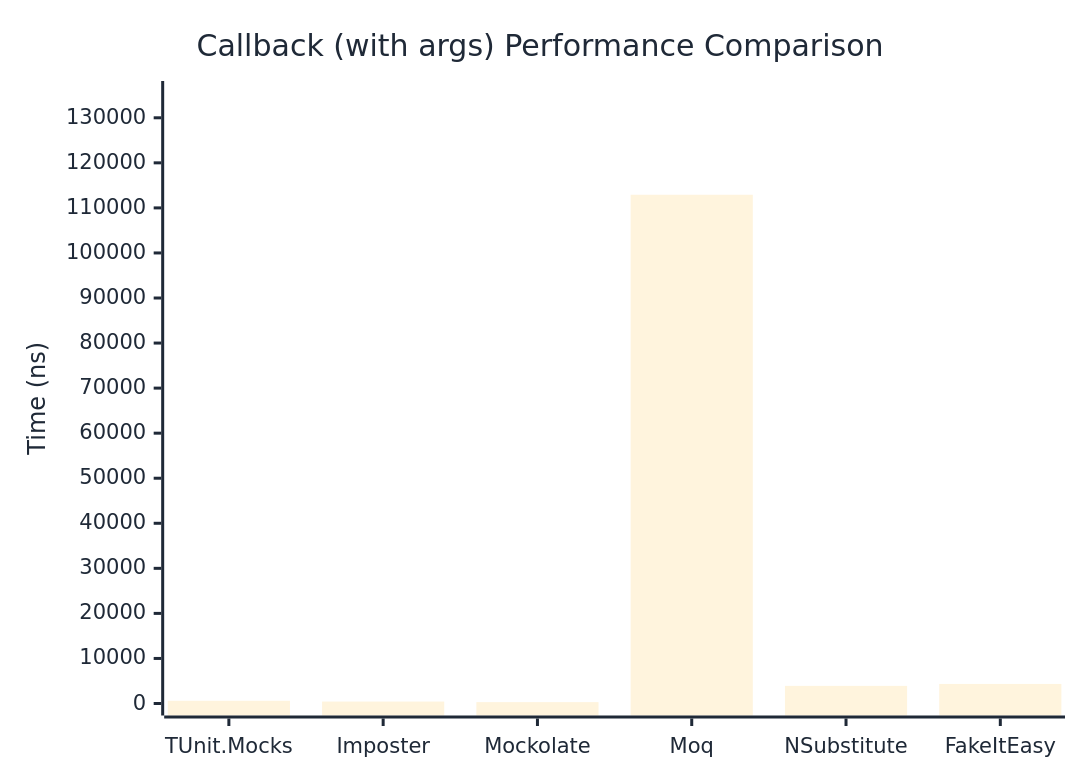
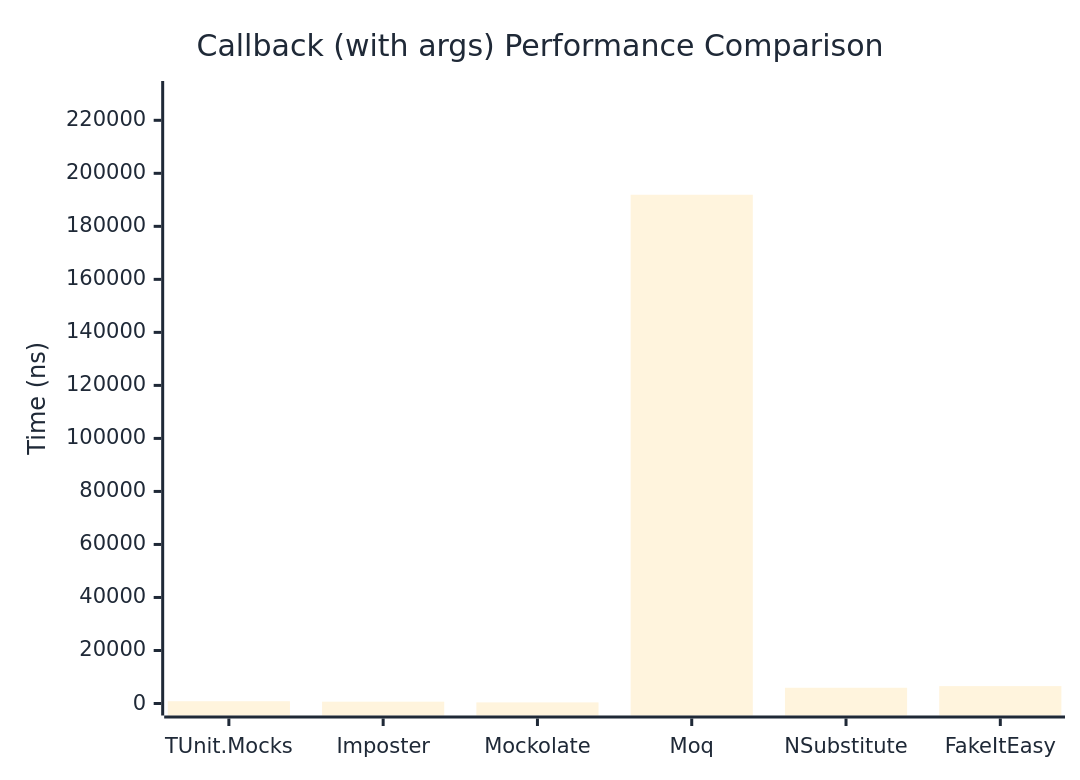
One commit to thomhurst/TUnit changed the second of 2 diagrams in docs/docs/benchmarks/mocks/Callback.md. Above: the diagram before and after it, drawn with Mermaid. The commit also changed other lines of this file and 14 other files, not shown here.

````diff
--- a/docs/docs/benchmarks/mocks/Callback.md
+++ b/docs/docs/benchmarks/mocks/Callback.md
@@ -71,27 +71,27 @@
 ```mermaid
 %%{init: {
   'theme':'base',
   'themeVariables': {
     'primaryColor': '#2563eb',
     'primaryTextColor': '#1f2937',
     'primaryBorderColor': '#1e40af',
     'lineColor': '#6b7280',
     'secondaryColor': '#7c3aed',
     'tertiaryColor': '#dc2626',
     'background': '#ffffff',
     'pie1': '#2563eb',
     'pie2': '#7c3aed',
     'pie3': '#dc2626',
     'pie4': '#f59e0b',
     'pie5': '#10b981',
     'pie6': '#06b6d4',
     'pie7': '#ec4899',
     'pie8': '#6366f1'
   }
 }}%%
 xychart-beta
   title "Callback (with args) Performance Comparison"
   x-axis ["TUnit.Mocks", "Imposter", "Mockolate", "Moq", "NSubstitute", "FakeItEasy"]
-  y-axis "Time (ns)" 0 --> 135503
-  bar [604, 432, 304.3, 112918.8, 3914.1, 4340.7]
+  y-axis "Time (ns)" 0 --> 230300
+  bar [860.3, 683.5, 421.4, 191916, 5938.7, 6562.4]
 ```
````
